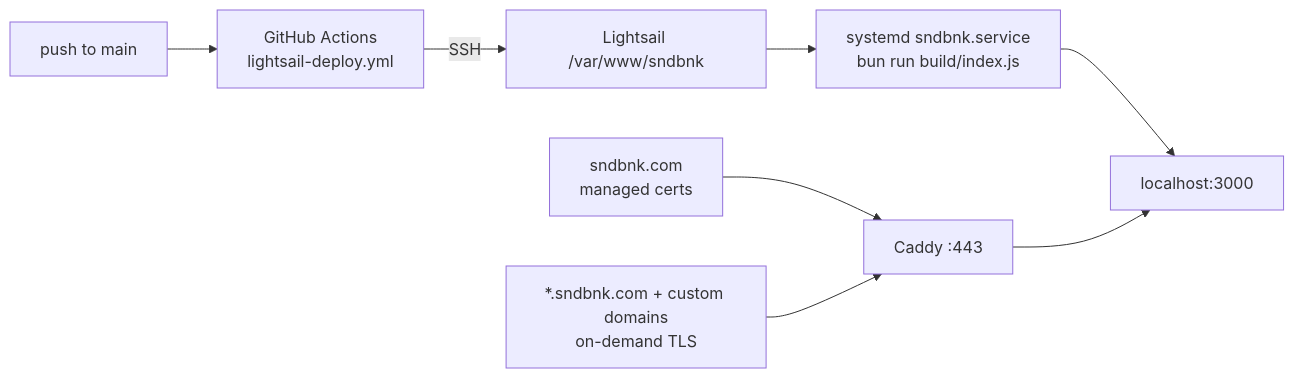
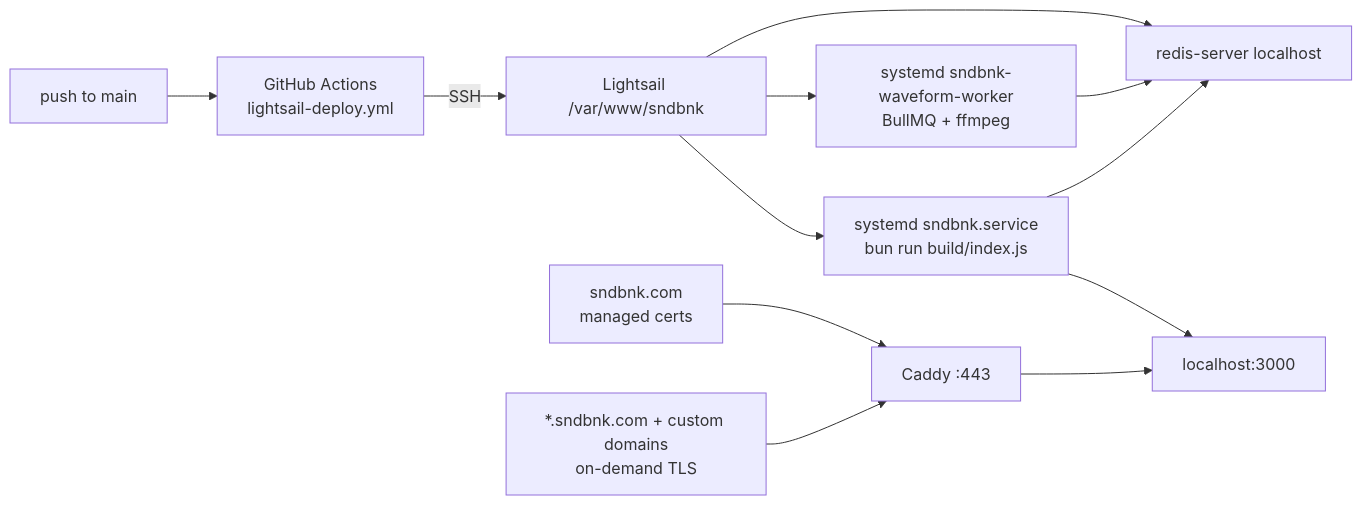
One commit to spreadsheetsusa/sndbnk changed the diagram in docs/operations.md. Above: the diagram before and after it, drawn with Mermaid. The commit also changed other lines of this file and 26 other files, not shown here.

First line of the commit message:
feat: integrate BullMQ for asynchronous waveform processing

````diff
--- a/docs/operations.md
+++ b/docs/operations.md
@@ -78,10 +84,14 @@
 ```mermaid
 flowchart LR
   push["push to main"] --> gha["GitHub Actions<br/>lightsail-deploy.yml"]
   gha -->|SSH| box["Lightsail /var/www/sndbnk"]
   box --> unit["systemd sndbnk.service<br/>bun run build/index.js"]
+  box --> worker["systemd sndbnk-waveform-worker<br/>BullMQ + ffmpeg"]
+  box --> redis["redis-server localhost"]
+  worker --> redis
+  unit --> redis
   unit --> port["localhost:3000"]
   caddy["Caddy :443"] --> port
   apex["sndbnk.com<br/>managed certs"] --> caddy
   tenants["*.sndbnk.com + custom domains<br/>on-demand TLS"] --> caddy
 ```
````
